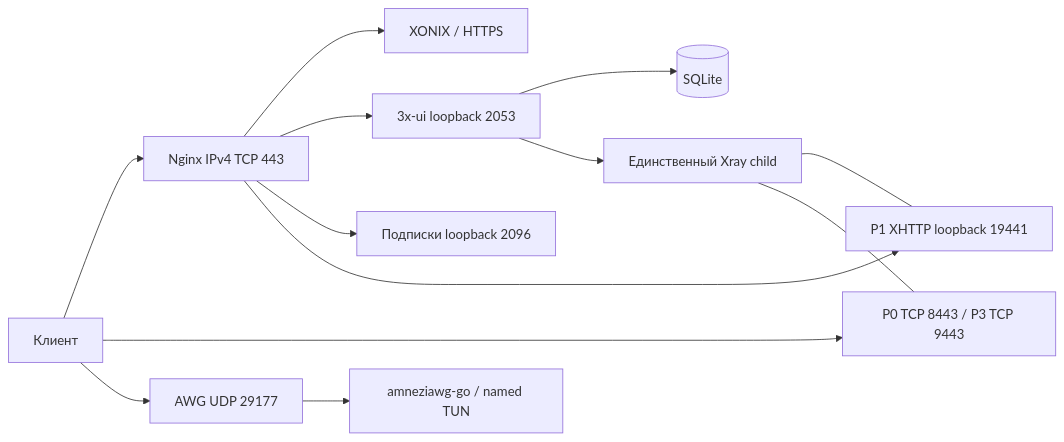
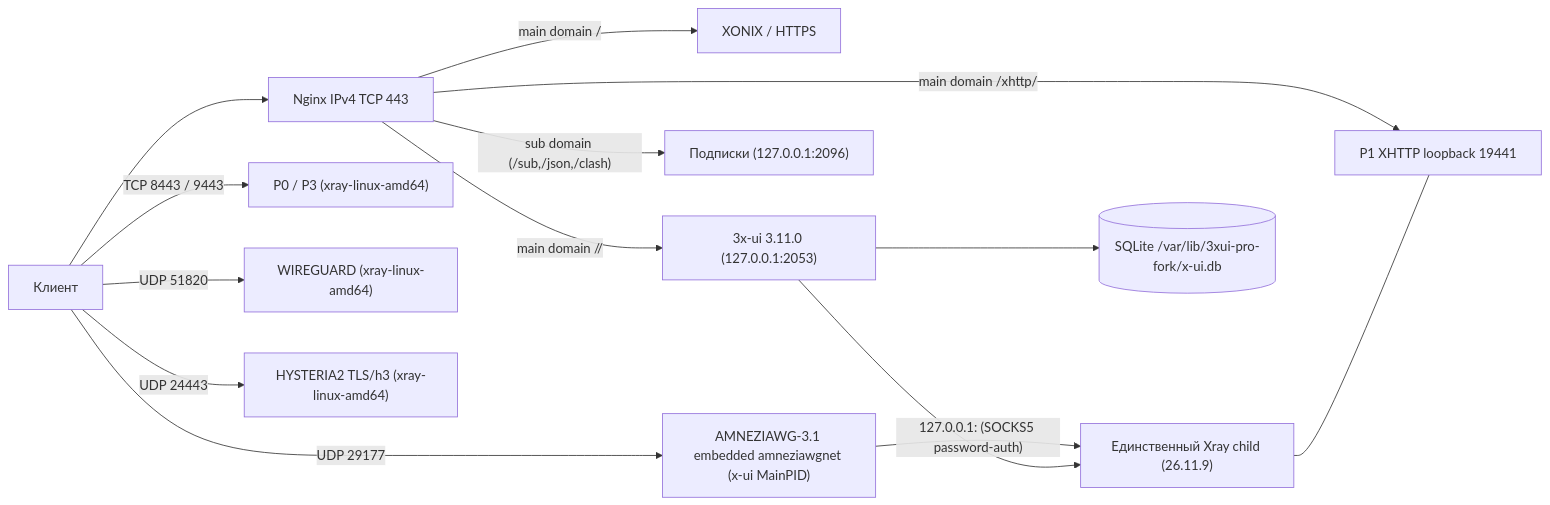
Before and after one commit to test-alexsun/3xui-pro-fork: the first of 2 diagrams in docs/ARCHITECTURE.md, drawn with Mermaid. The commit also changed other lines of this file and 60 other files, not shown here.

````diff
--- a/docs/ARCHITECTURE.md
+++ b/docs/ARCHITECTURE.md
@@ -5,15 +5,16 @@
 ```mermaid
 flowchart LR
     U[Клиент] --> N[Nginx IPv4 TCP 443]
-    N --> W[XONIX / HTTPS]
-    N --> P[3x-ui loopback 2053]
-    N --> S[Подписки loopback 2096]
-    N --> H[P1 XHTTP loopback 19441]
-    U --> R[P0 TCP 8443 / P3 TCP 9443]
-    P --> D[(SQLite)]
-    P --> X[Единственный Xray child]
+    N -->|"main domain /"| W[XONIX / HTTPS]
+    N -->|"main domain /<panel_path>/"| P["3x-ui 3.11.0 (127.0.0.1:2053)"]
+    N -->|"sub domain (/sub,/json,/clash)"| S["Подписки (127.0.0.1:2096)"]
+    N -->|"main domain /xhttp/"| H["P1 XHTTP loopback 19441"]
+    U -->|"TCP 8443 / 9443"| R["P0 / P3 (xray-linux-amd64)"]
+    U -->|"UDP 51820"| WG["WIREGUARD (xray-linux-amd64)"]
+    U -->|"UDP 24443"| HY["HYSTERIA2 TLS/h3 (xray-linux-amd64)"]
+    U -->|"UDP 29177"| AWG["AMNEZIAWG-3.1 embedded amneziawgnet (x-ui MainPID)"]
+    AWG -->|"127.0.0.1:<socks_port> (SOCKS5 password-auth)"| X["Единственный Xray child (26.11.9)"]
+    P --> D[("SQLite /var/lib/3xui-pro-fork/x-ui.db")]
+    P --> X
     X --- H
-    X --- R
-    U --> A[AWG UDP 29177]
-    A --> T[amneziawg-go / named TUN]
 ```
````
